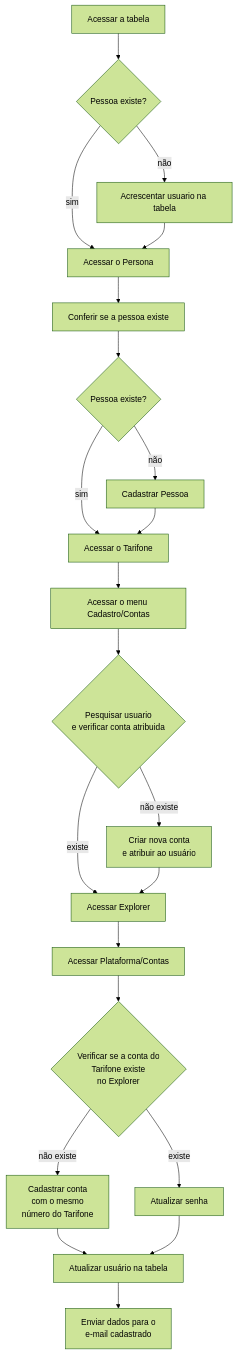
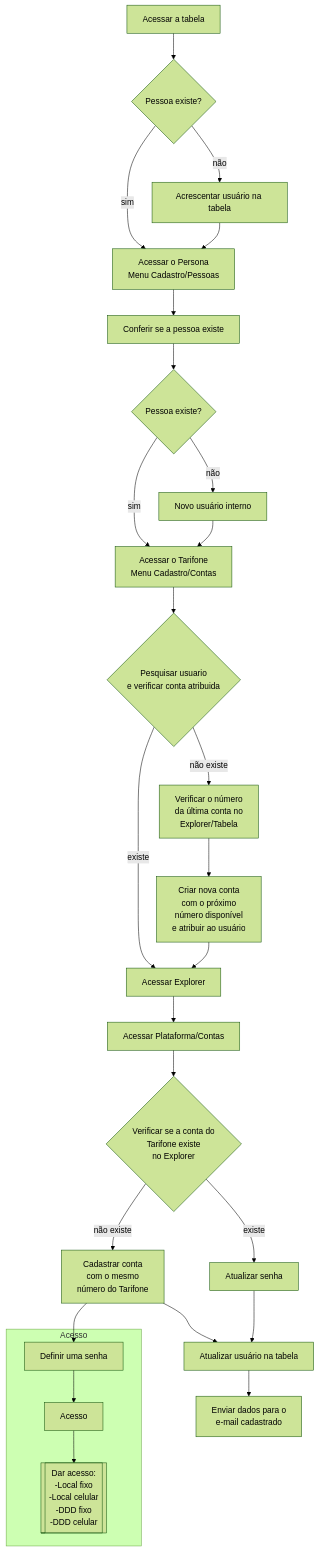
The diagram in Usuario_Ligacoes.mmd (Cossuovski/Telefonia), drawn with Mermaid (forest theme) before and after one commit.

```diff
--- a/Usuario_Ligacoes.mmd
+++ b/Usuario_Ligacoes.mmd
@@ -1,22 +1,30 @@
-flowchart    
+flowchart  
+    
     TB1[Acessar a tabela] --> TB2{Pessoa existe?}
-    TB2 --sim--> P[Acessar o Persona]
-    TB2 --"não"--> TB3[Acrescentar usuario na tabela]
+    TB2 --sim--> P[Acessar o Persona</br>Menu Cadastro/Pessoas]
+    TB2 --"não"--> TB3[Acrescentar usuário na tabela]
     TB3 --> P
-    P --> P1[Conferir se a pessoa existe]
-    P1 --> P2
-    P2{Pessoa existe?} --sim--> T[Acessar o Tarifone]
-    P2 --"não"--> P3[Cadastrar Pessoa]
-    P3 --> T
-    T --> T1[Acessar o menu Cadastro/Contas]
-    T1 --> T2{Pesquisar usuario</br>e verificar conta atribuida}
+    P --> P2
+    P2[Conferir se a pessoa existe]
+    P2 --> P3
+    P3{Pessoa existe?} --sim--> T[Acessar o Tarifone</BR>Menu Cadastro/Contas]
+    P3 --"não"--> P4[Novo usuário interno]
+    P4 --> T
+    T --> T2{Pesquisar usuario</br>e verificar conta atribuida}
     T2 --existe--> E[Acessar Explorer]
-    T2 --"não existe"--> T3[Criar nova conta</br>e atribuir ao usuário]
-    T3 --> E
+    T2 --"não existe"--> T3[Verificar o número</br>da última conta no</br>Explorer/Tabela]
+    T3 --> T4
+    T4[Criar nova conta</br>com o próximo</br>número disponível</br>e atribuir ao usuário]
+    T4 --> E
     E --> E1[Acessar Plataforma/Contas] 
     E1 --> E2{Verificar se a conta do</br>Tarifone existe</br>no Explorer}
     E2 --existe--> S[Atualizar senha]
     E2 --"não existe"--> S1[Cadastrar conta</br>com o mesmo</br>número do Tarifone]
+    S1 --> R[Definir uma senha]
+    subgraph Acesso 
+    R --> R1[Acesso]
+    R1 --> R2[[Dar acesso:</br>-Local fixo</br>-Local celular</br>-DDD fixo</br>-DDD celular]]
+    end
     S1 --> TB4[Atualizar usuário na tabela]
     S --> TB4
     TB4 --> EM[Enviar dados para o</br>e-mail cadastrado]
```
